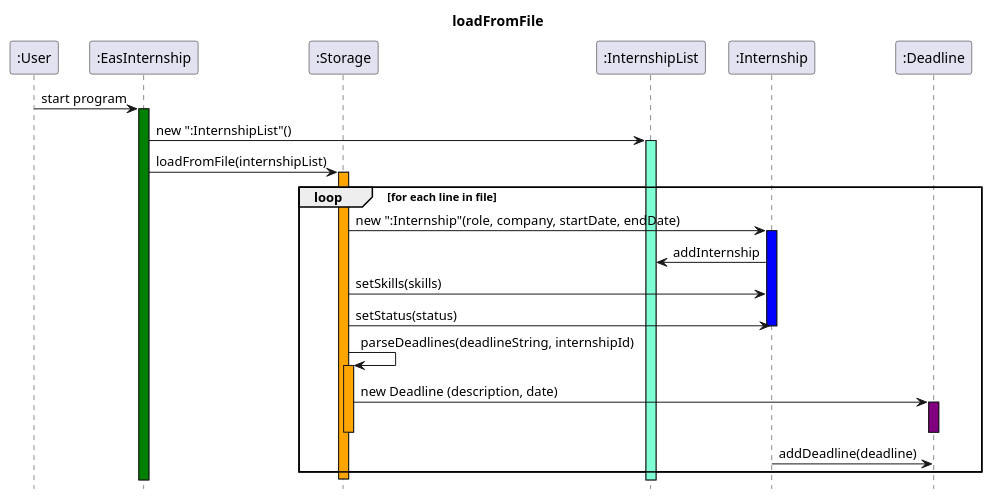
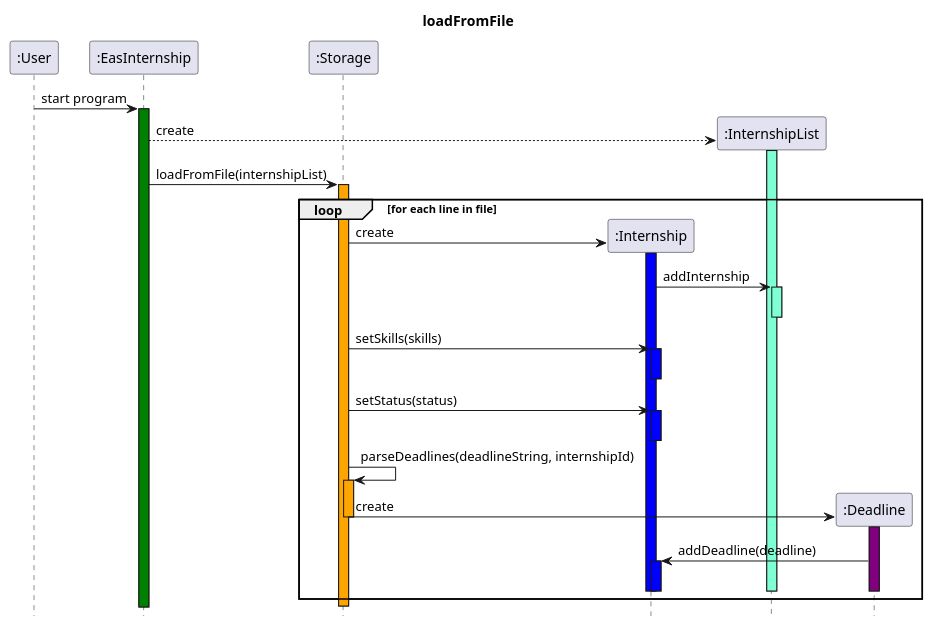
The diagram in docs/UML/loadFromFile.puml (nus-cs2113-AY2425S1/tp), drawn with PlantUML before and after one commit.

Commit message:
issue 202, issue 187

```diff
--- a/docs/UML/loadFromFile.puml
+++ b/docs/UML/loadFromFile.puml
@@ -1,36 +1,49 @@
 @startuml
 Title loadFromFile
 hide footbox
 participant ":User"
 participant ":EasInternship"
 participant ":Storage"
+participant ":Internship"
 participant ":InternshipList"
-participant ":Internship"
 
 ":User"->":EasInternship": start program
 activate ":EasInternship" #green
-":EasInternship"->":InternshipList": new ":InternshipList"()
+":EasInternship"-->":InternshipList" **: create
 activate ":InternshipList" #aquamarine
+deactivate ":InternshipList"
 ":EasInternship"->":Storage": loadFromFile(internshipList)
 activate ":Storage" #orange
 
 loop for each line in file
-    ":Storage"-> ":Internship" : new ":Internship"(role, company, startDate, endDate)
+    ":Storage"-> ":Internship" **: create
     activate ":Internship" #blue
     ":Internship"->":InternshipList": addInternship
+    activate ":InternshipList" #aquamarine
+    deactivate ":InternshipList"
     ":Storage" -> ":Internship" :setSkills(skills)
+    activate ":Internship" #blue
+    deactivate ":Internship"
     ":Storage" -> ":Internship" : setStatus(status)
+    activate ":Internship" #blue
     deactivate ":Internship"
 
     ":Storage" -> ":Storage": parseDeadlines(deadlineString, internshipId)
         activate ":Storage" #orange
 
-        ":Storage" -> ":Deadline": new Deadline (description, date)
+        ":Storage" -> ":Deadline"**:create
         activate ":Deadline" #purple
         deactivate ":Deadline"
         deactivate ":Storage"
 
-        ":Internship" -> ":Deadline" : addDeadline(deadline)
+        ":Deadline" -> ":Internship" : addDeadline(deadline)
+        activate ":Internship" #blue
+        deactivate ":Internship"
+        deactivate ":Internship"
+        deactivate ":Deadline"
+        deactivate ":InternshipList"
 end
 deactivate ":Storage"
+
+
 @enduml
```
